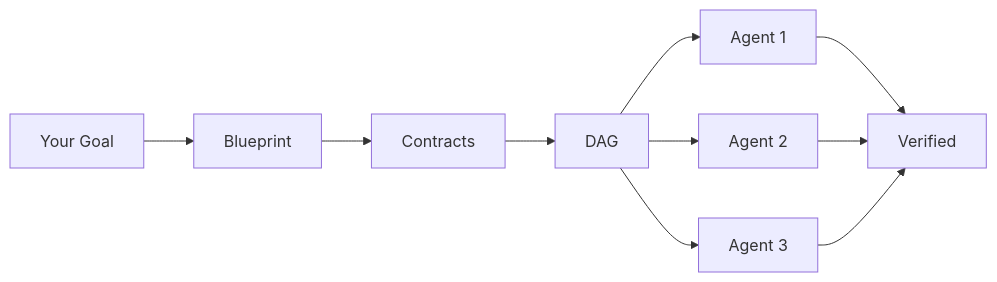
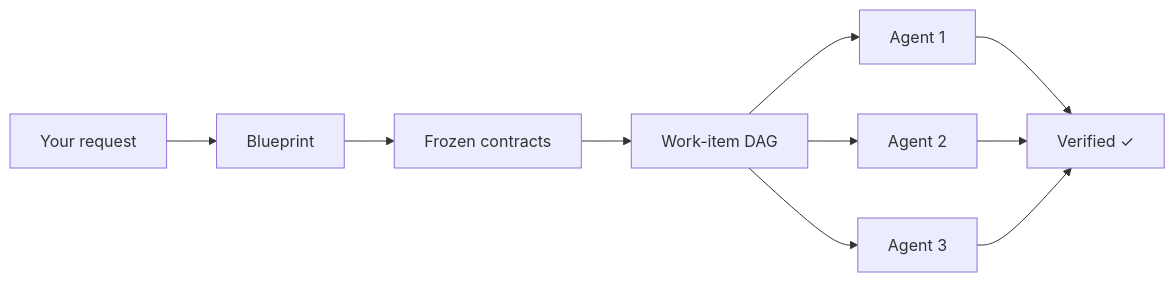
Before and after one commit to mir-makeitreal/makeitreal: the diagram in README.md, drawn with Mermaid. The commit also changed other lines of this file and 2 other files, not shown here.

````diff
--- a/README.md
+++ b/README.md
@@ -91,12 +62,12 @@
 ```mermaid
 flowchart LR
-    A["Your Goal"] --> B["Blueprint"]
-    B --> C["Contracts"]
-    C --> D["DAG"]
+    A["Your request"] --> B["Blueprint"]
+    B --> C["Frozen contracts"]
+    C --> D["Work-item DAG"]
     D --> E1["Agent 1"]
     D --> E2["Agent 2"]
     D --> E3["Agent 3"]
-    E1 --> F["Verified"]
+    E1 --> F["Verified ✓"]
     E2 --> F
     E3 --> F
 ```
````
